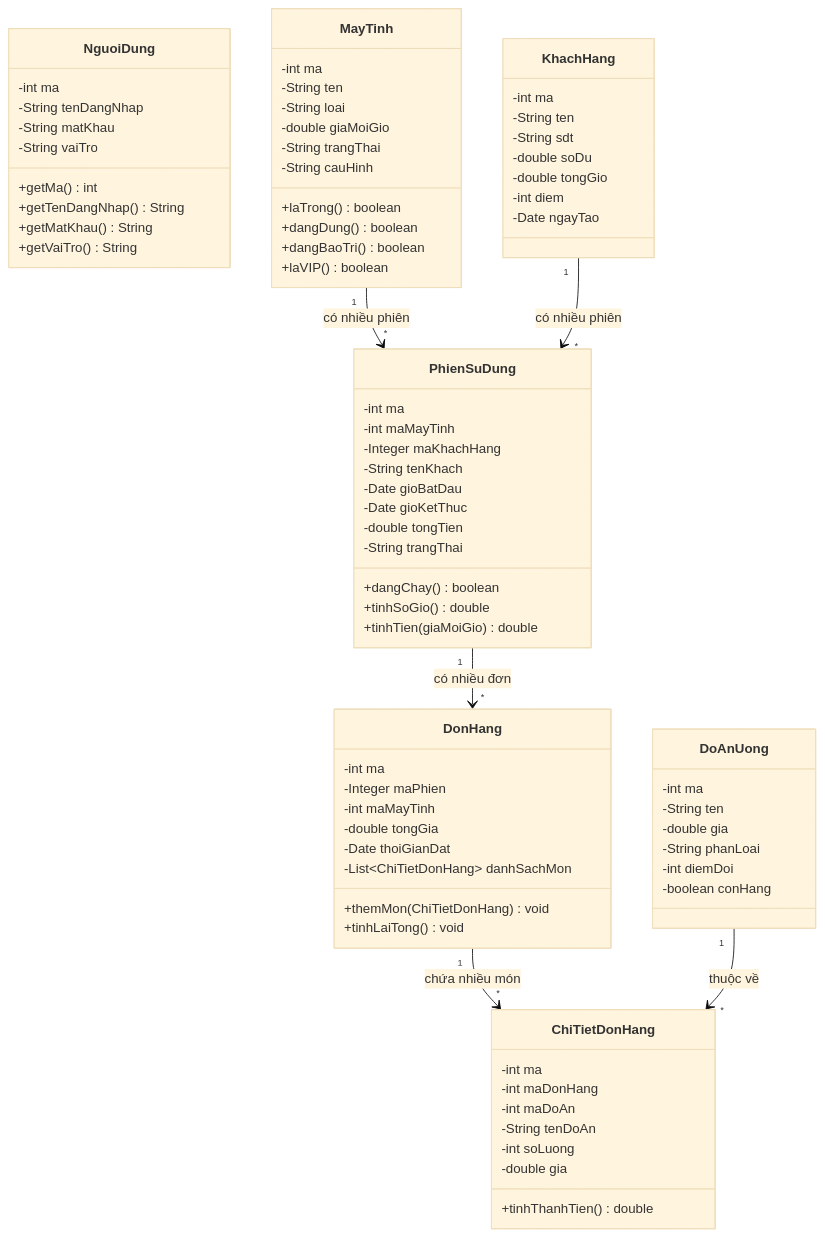
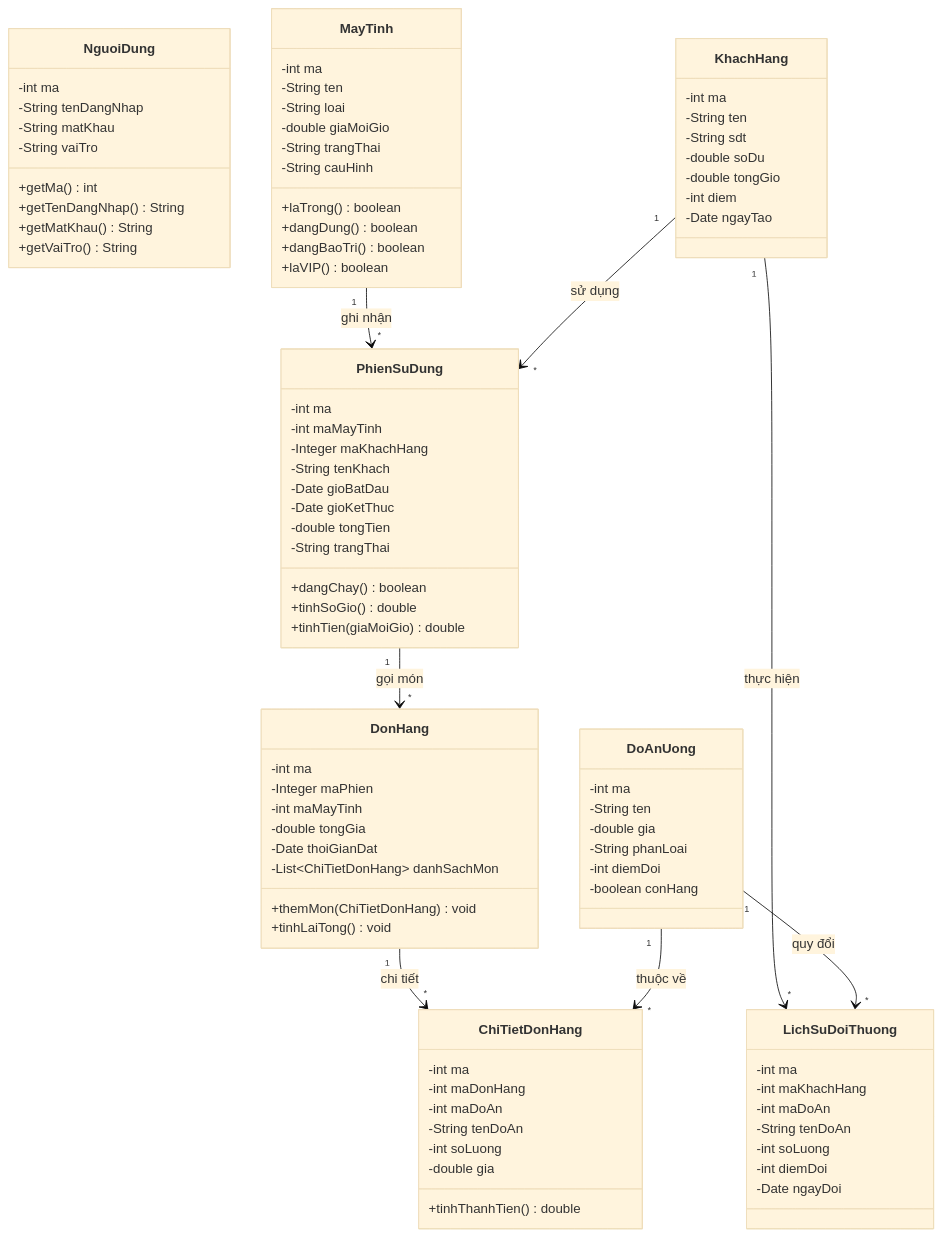
Diagram 15 of 20 in BaoCao_DoAn.md (phhuyen1109/BTL), drawn with Mermaid (base theme) before and after one commit. The commit also changed other lines of this file and 1 other file, not shown here.

Commit message:
Ve chi tiet so do use case tung phan he va chi tiet cac luong activity/sequence

````diff
--- a/BaoCao_DoAn.md
+++ b/BaoCao_DoAn.md
@@ -989,9 +1193,21 @@
         +tinhThanhTien() double
     }
 
-    MayTinh "1" --> "*" PhienSuDung : có nhiều phiên
-    KhachHang "1" --> "*" PhienSuDung : có nhiều phiên
-    PhienSuDung "1" --> "*" DonHang : có nhiều đơn
-    DonHang "1" --> "*" ChiTietDonHang : chứa nhiều món
+    class LichSuDoiThuong {
+        -int ma
+        -int maKhachHang
+        -int maDoAn
+        -String tenDoAn
+        -int soLuong
+        -int diemDoi
+        -Date ngayDoi
+    }
+
+    MayTinh "1" --> "*" PhienSuDung : ghi nhận
+    KhachHang "1" --> "*" PhienSuDung : sử dụng
+    PhienSuDung "1" --> "*" DonHang : gọi món
+    DonHang "1" --> "*" ChiTietDonHang : chi tiết
     DoAnUong "1" --> "*" ChiTietDonHang : thuộc về
+    KhachHang "1" --> "*" LichSuDoiThuong : thực hiện
+    DoAnUong "1" --> "*" LichSuDoiThuong : quy đổi
 ```
````
